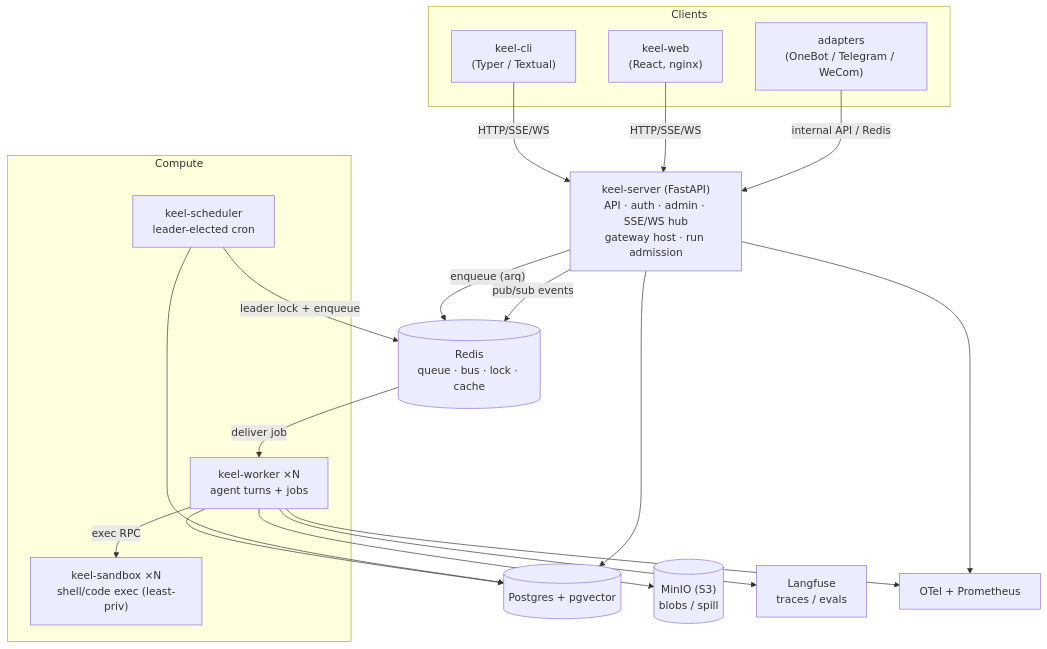
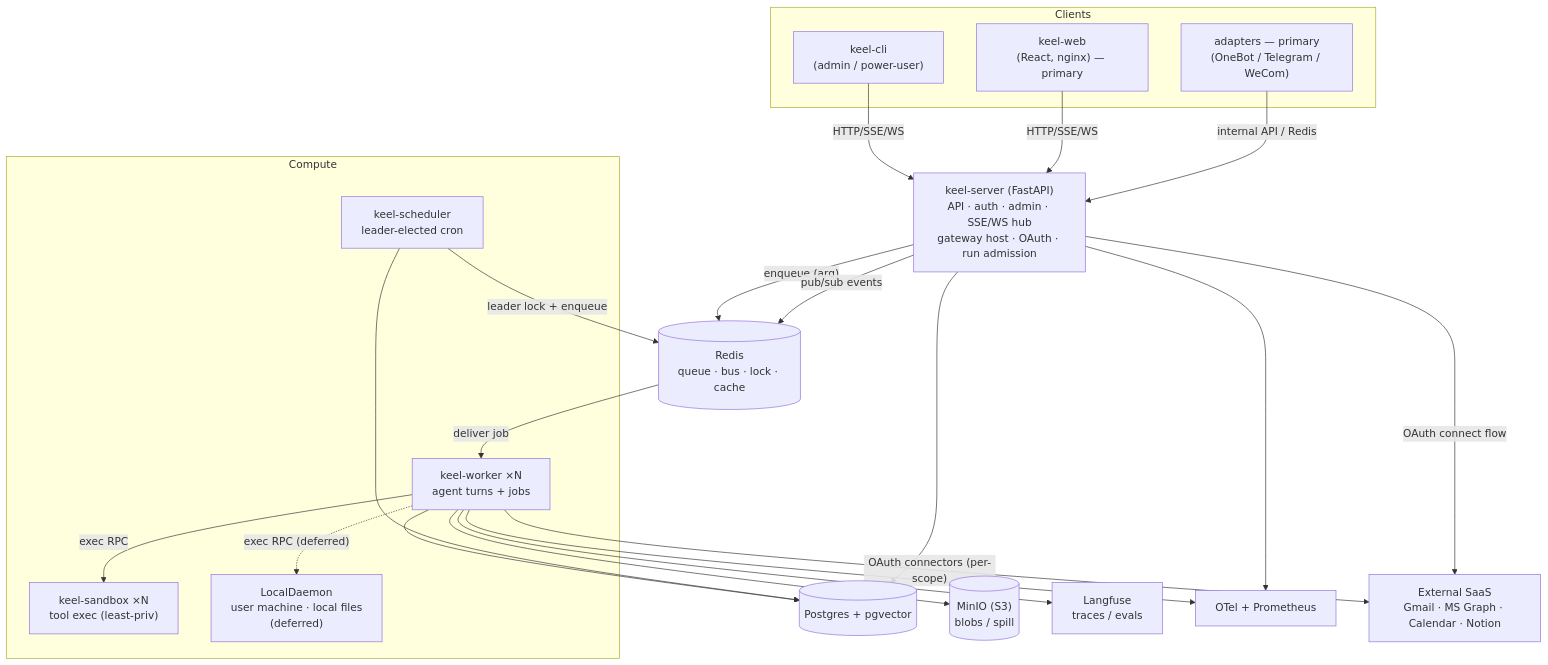
Before and after one commit to seudazhong/keel: the diagram in docs/diagrams/02-containers.md, drawn with Mermaid. The commit also changed other lines of this file and 7 other files, not shown here.

First line of the commit message:
docs(diagrams): refresh for connector/scoped-agent model (ADR-0009)

````diff
--- a/docs/diagrams/02-containers.md
+++ b/docs/diagrams/02-containers.md
@@ -5,38 +5,43 @@
 ```mermaid
 flowchart TB
     subgraph clients["Clients"]
-        cli["keel-cli<br/>(Typer / Textual)"]
-        web["keel-web<br/>(React, nginx)"]
-        adp["adapters<br/>(OneBot / Telegram / WeCom)"]
+        cli["keel-cli<br/>(admin / power-user)"]
+        web["keel-web<br/>(React, nginx) — primary"]
+        adp["adapters — primary<br/>(OneBot / Telegram / WeCom)"]
     end
 
-    server["keel-server (FastAPI)<br/>API · auth · admin · SSE/WS hub<br/>gateway host · run admission"]
+    server["keel-server (FastAPI)<br/>API · auth · admin · SSE/WS hub<br/>gateway host · OAuth · run admission"]
 
     subgraph compute["Compute"]
         worker["keel-worker ×N<br/>agent turns + jobs"]
         sched["keel-scheduler<br/>leader-elected cron"]
-        sandbox["keel-sandbox ×N<br/>shell/code exec (least-priv)"]
+        sandbox["keel-sandbox ×N<br/>tool exec (least-priv)"]
+        local["LocalDaemon<br/>user machine · local files<br/>(deferred)"]
     end
 
     pg[("Postgres + pgvector")]
     redis[("Redis<br/>queue · bus · lock · cache")]
     minio[("MinIO (S3)<br/>blobs / spill")]
     lf["Langfuse<br/>traces / evals"]
     otel["OTel + Prometheus"]
+    saas["External SaaS<br/>Gmail · MS Graph · Calendar · Notion"]
 
     cli -->|"HTTP/SSE/WS"| server
     web -->|"HTTP/SSE/WS"| server
     adp -->|"internal API / Redis"| server
     server -->|"enqueue (arq)"| redis
     redis -->|"deliver job"| worker
     server -->|"pub/sub events"| redis
     sched -->|"leader lock + enqueue"| redis
     worker -->|"exec RPC"| sandbox
+    worker -.->|"exec RPC (deferred)"| local
+    worker -->|"OAuth connectors (per-scope)"| saas
+    server -->|"OAuth connect flow"| saas
     server --> pg
     worker --> pg
     sched --> pg
     worker --> minio
     worker --> lf
     worker --> otel
     server --> otel
 ```
````
